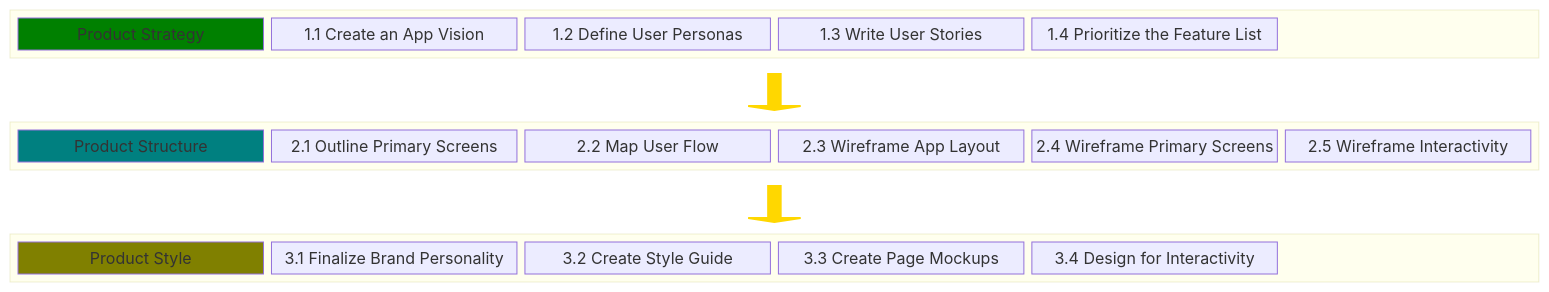
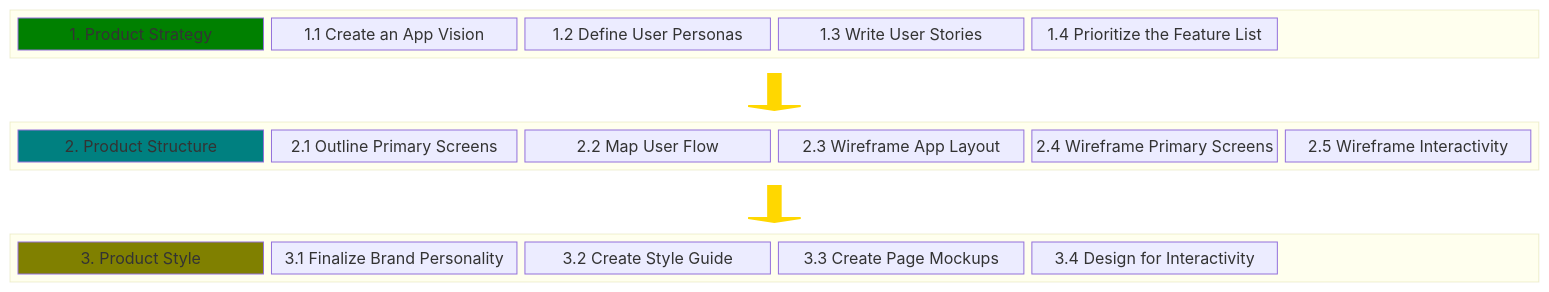
One commit to chingu-voyages/Handbook changed the diagram in docs/resources/techresources/uiux.md. Above: the diagram before and after it, drawn with Mermaid. The commit also changed other lines of this file, not shown here.

````diff
--- a/docs/resources/techresources/uiux.md
+++ b/docs/resources/techresources/uiux.md
@@ -15,38 +15,38 @@
 ```mermaid
 block-beta
 columns 1
   block:STRATEGY
     columns 6
-    A["Product Strategy"]
+    A["1. Product Strategy"]
     B["1.1 Create an App Vision"]
     C["1.2 Define User Personas"]
     D["1.3 Write User Stories"]
     E["1.4 Prioritize the Feature List"]
     space
   end
   blockArrowA<["&nbsp;"]>(down)
   block:STRUCTURE
     columns 6
-    G["Product Structure"]
+    G["2. Product Structure"]
     H["2.1 Outline Primary Screens"]
     I["2.2 Map User Flow"]
     J["2.3 Wireframe App Layout"]
     K["2.4 Wireframe Primary Screens"]
     L["2.5 Wireframe Interactivity"]
   end
   blockArrowB<["&nbsp;"]>(down)
   block:STYLE
     columns 6
-    M["Product Style"]
+    M["3. Product Style"]
     N["3.1 Finalize Brand Personality"]
     O["3.2 Create Style Guide"]
     P["3.3 Create Page Mockups"]
     Q["3.4 Design for Interactivity"]
     space
   end
   style A fill:#008000
   style G fill:#008080
   style M fill:#808000
   style blockArrowA fill:#FFD700,stroke:#FFD700,stroke-width:2px
   style blockArrowB fill:#FFD700,stroke:#FFD700,stroke-width:2px
 ```
````
